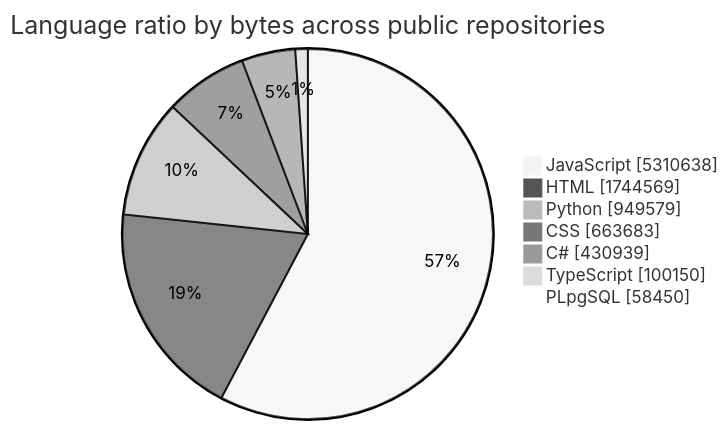
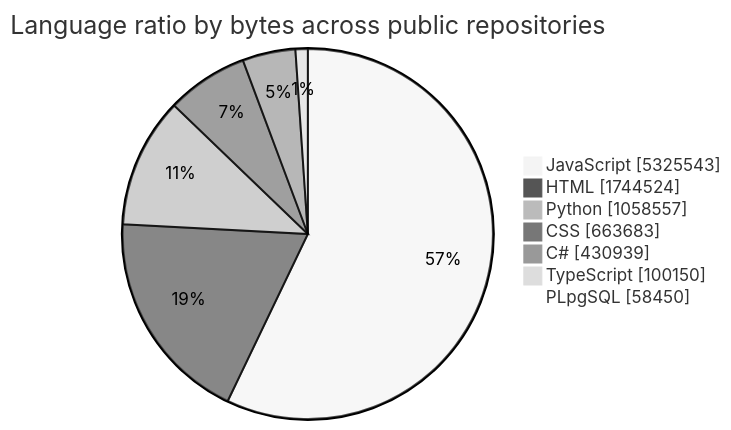
One commit to tchinso/tchinso changed the first of 2 diagrams in README.md. Above: the diagram before and after it, drawn with Mermaid (neutral theme). The commit also changed other lines of this file, not shown here.

````diff
--- a/README.md
+++ b/README.md
@@ -24,11 +24,11 @@
 ```mermaid
 pie showData
     title Language ratio by bytes across public repositories
-    "JavaScript" : 5310638
-    "HTML" : 1744569
-    "Python" : 949579
+    "JavaScript" : 5325543
+    "HTML" : 1744524
+    "Python" : 1058557
     "CSS" : 663683
     "C#" : 430939
     "TypeScript" : 100150
     "PLpgSQL" : 58450
 ```
````
